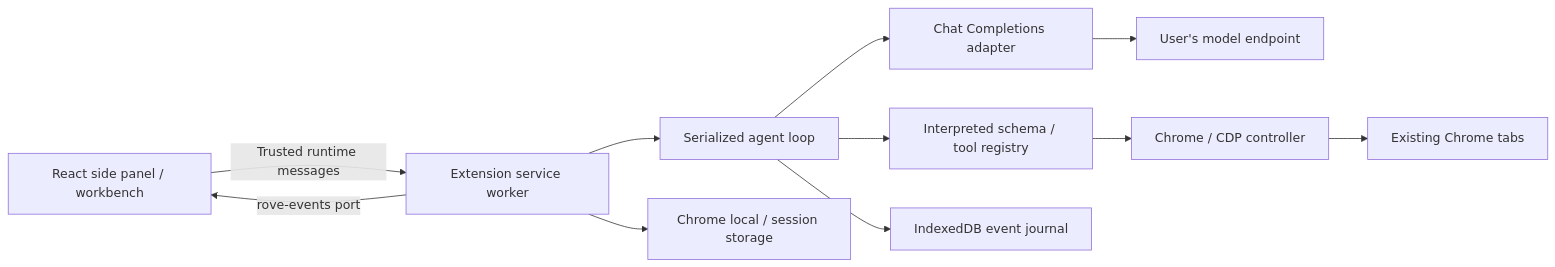
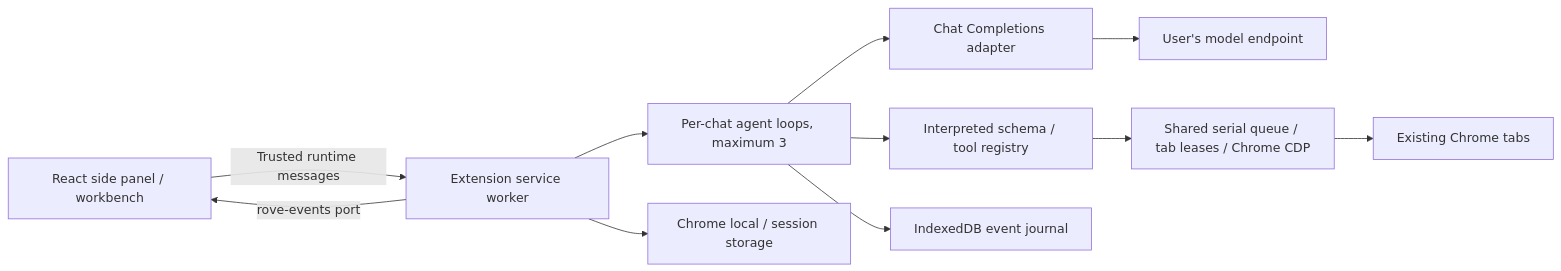
One commit to AbhiramJayasankar/rove changed the diagram in docs/architecture.md. Above: the diagram before and after it, drawn with Mermaid. The commit also changed other lines of this file and 27 other files, not shown here.

````diff
--- a/docs/architecture.md
+++ b/docs/architecture.md
@@ -5,13 +5,13 @@
 ```mermaid
 flowchart LR
   UI[React side panel / workbench] -->|Trusted runtime messages| Runtime[Extension service worker]
-  Runtime --> Engine[Serialized agent loop]
+  Runtime --> Engine[Per-chat agent loops, maximum 3]
   Engine --> Model[Chat Completions adapter]
   Model --> Endpoint[User's model endpoint]
   Engine --> Tools[Interpreted schema / tool registry]
-  Tools --> Browser[Chrome / CDP controller]
+  Tools --> Browser[Shared serial queue / tab leases / Chrome CDP]
   Browser --> Tabs[Existing Chrome tabs]
   Engine --> Journal[IndexedDB event journal]
   Runtime -->|rove-events port| UI
   Runtime --> Storage[Chrome local / session storage]
 ```
````
